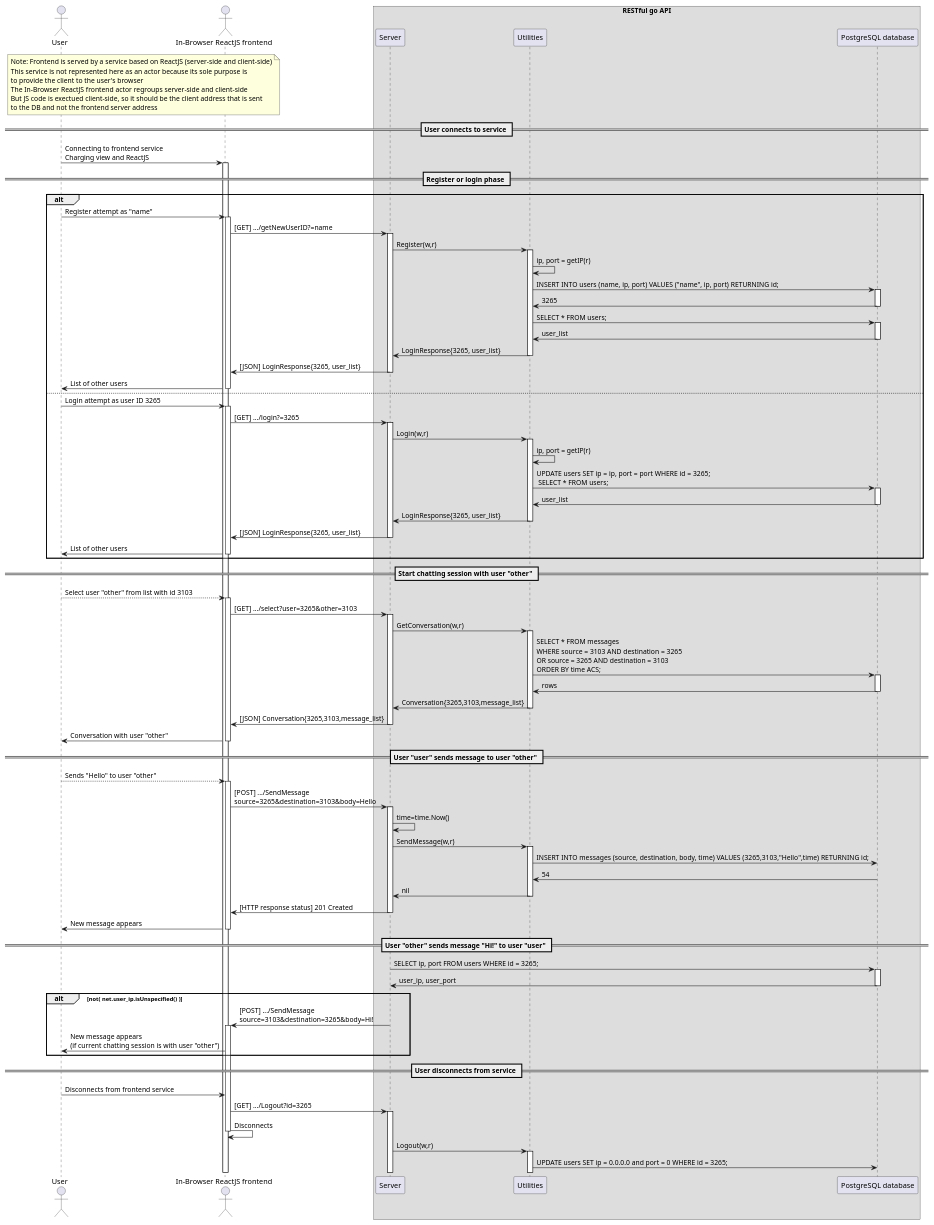
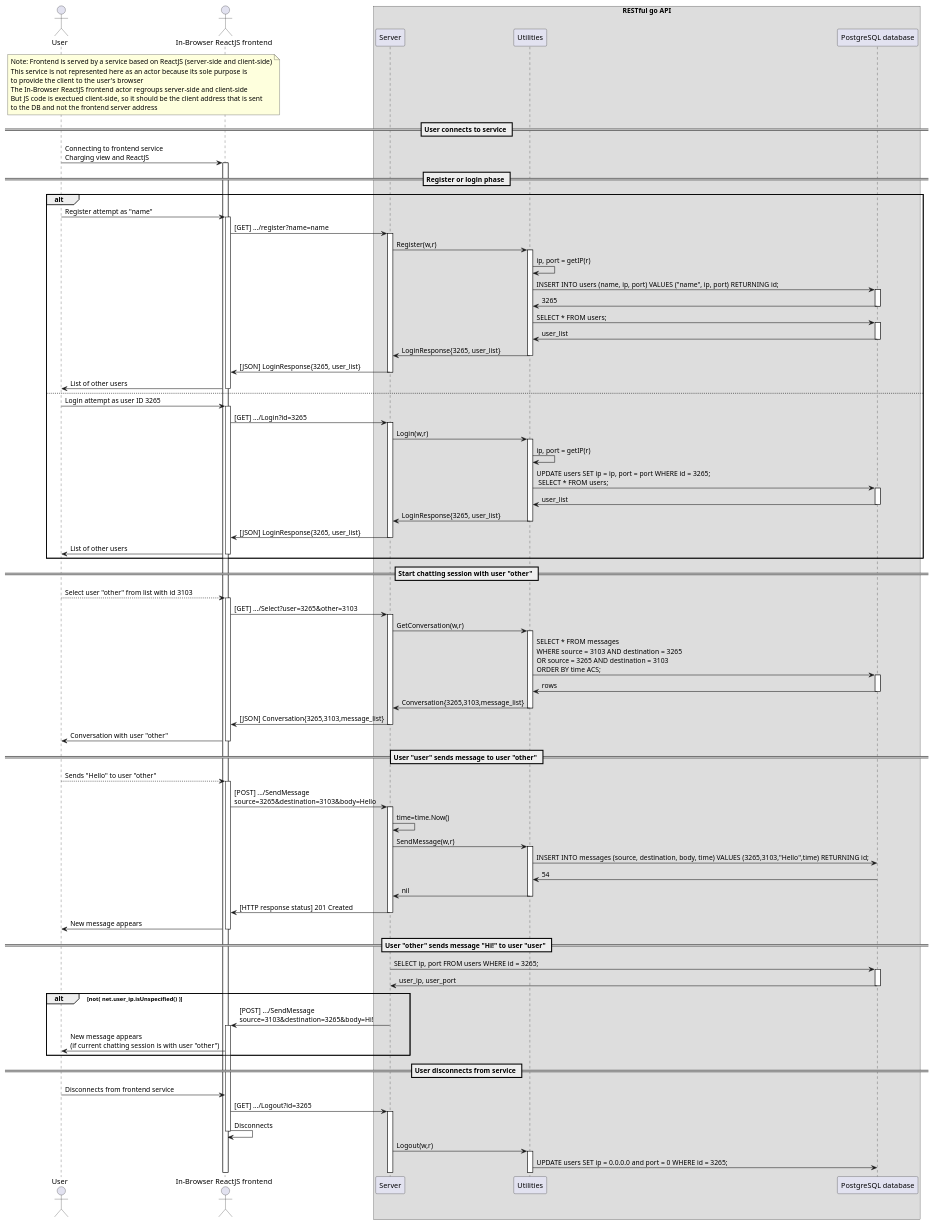
One commit to scanim-valentin/training-restful-go changed the diagram in exercice_2/plantuml/sequence_white_box.wsd. Above: the diagram before and after it, drawn with PlantUML. The commit also changed 1 other file, not shown here.

Commit message:
e2: Fixed white box sequence diagram

```diff
--- a/exercice_2/plantuml/sequence_white_box.wsd
+++ b/exercice_2/plantuml/sequence_white_box.wsd
@@ -1,77 +1,77 @@
 @startuml  sequence_white_box 
 actor User
 
 actor "In-Browser ReactJS frontend" as front
 box "RESTful go API"
   participant  "Server" as server
   participant "Utilities" as utils
   participant "PostgreSQL database" as db
 
 end box
 
 note over User, front : Note: Frontend is served by a service based on ReactJS (server-side and client-side)\nThis service is not represented here as an actor because its sole purpose is\nto provide the client to the user's browser\nThe In-Browser ReactJS frontend actor regroups server-side and client-side\nBut JS code is exectued client-side, so it should be the client address that is sent\nto the DB and not the frontend server address
 == User connects to service ==
 User -> front ++ : Connecting to frontend service\nCharging view and ReactJS
   
 == Register or login phase ==
   alt
   User -> front++ : Register attempt as "name"
-    front -> server++ : [GET] .../getNewUserID?=name
+    front -> server++ : [GET] .../register?name=name
         server -> utils ++ : Register(w,r)
             utils -> utils : ip, port = getIP(r)
             utils -> db ++  : INSERT INTO users (name, ip, port) VALUES ("name", ip, port) RETURNING id;
             db -> utils -- : 3265
             utils -> db ++  : SELECT * FROM users;
             db -> utils -- : user_list
         utils -> server -- : LoginResponse{3265, user_list}
     server -> front -- : [JSON] LoginResponse{3265, user_list}
   front -> User -- : List of other users
   else
   User -> front++ : Login attempt as user ID 3265
-    front -> server++ : [GET] .../login?=3265
+    front -> server++ : [GET] .../Login?id=3265
         server -> utils ++ : Login(w,r)
             utils -> utils : ip, port = getIP(r)
             utils -> db ++  : UPDATE users SET ip = ip, port = port WHERE id = 3265;\n SELECT * FROM users;
             db -> utils -- : user_list
         utils -> server -- : LoginResponse{3265, user_list}
     server -> front -- : [JSON] LoginResponse{3265, user_list}
   front -> User -- : List of other users
   end
 
 == Start chatting session with user "other" == 
   User --> front ++ : Select user "other" from list with id 3103
-    front -> server++ : [GET] .../select?user=3265&other=3103
+    front -> server++ : [GET] .../Select?user=3265&other=3103
         server -> utils ++ : GetConversation(w,r)
             utils -> db ++  : SELECT * FROM messages\nWHERE source = 3103 AND destination = 3265\nOR source = 3265 AND destination = 3103\nORDER BY time ACS;
             db -> utils -- : rows
         utils -> server -- : Conversation{3265,3103,message_list}
     server -> front -- : [JSON] Conversation{3265,3103,message_list}
   front -> User -- : Conversation with user "other"
 
 == User "user" sends message to user "other" == 
   User --> front ++ : Sends "Hello" to user "other"
     front -> server++ : [POST] .../SendMessage\nsource=3265&destination=3103&body=Hello
         server -> server : time=time.Now()
         server -> utils ++ : SendMessage(w,r)
             utils -> db  : INSERT INTO messages (source, destination, body, time) VALUES (3265,3103,"Hello",time) RETURNING id;
             db -> utils -- : 54
         utils -> server -- : nil
     server -> front -- : [HTTP response status] 201 Created
   front -> User -- : New message appears
 
 == User "other" sends message "Hi!" to user "user" ==
         server -> db ++ : SELECT ip, port FROM users WHERE id = 3265;
         db -> server -- : user_ip, user_port
         alt not( net.user_ip.isUnspecified() )
         server -> front ++ : [POST] .../SendMessage\nsource=3103&destination=3265&body=Hi!
       front -> User : New message appears\n(if current chatting session is with user "other") 
         end
 
 == User disconnects from service ==  
 User -> front : Disconnects from frontend service
 front -> server++ : [GET] .../Logout?id=3265
     front -> front -- : Disconnects
     server -> utils ++ : Logout(w,r)
         utils -> db  : UPDATE users SET ip = 0.0.0.0 and port = 0 WHERE id = 3265;
 
 @enduml
```
